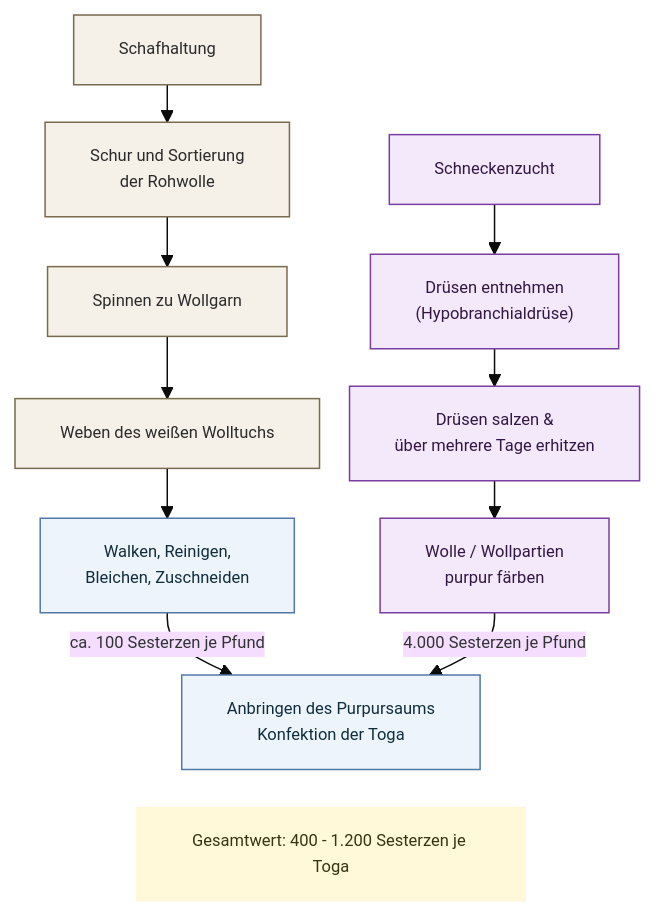
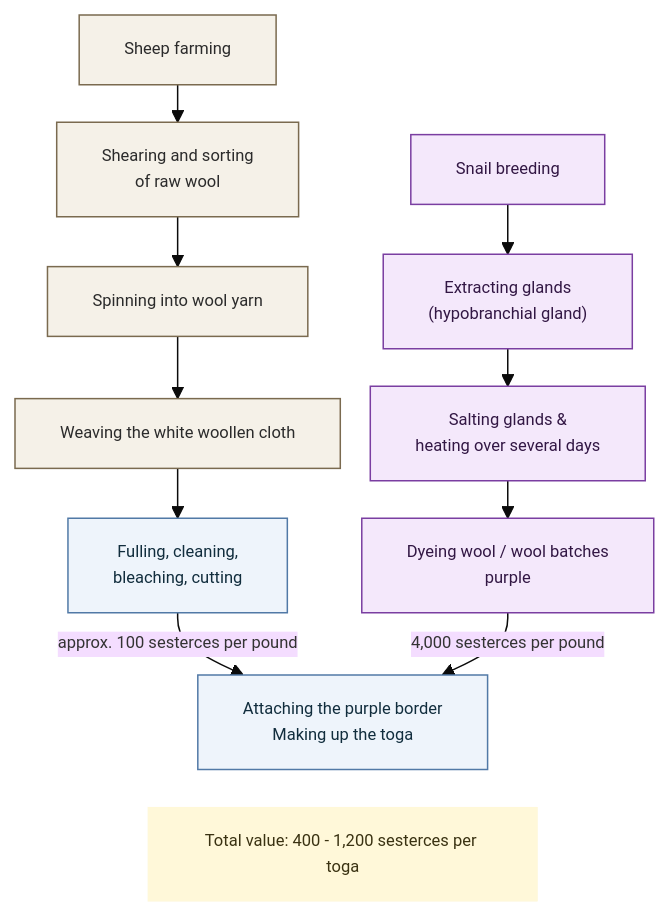
The first of 3 diagrams in slides/lectures/01_einfuehrung-und-grundbegriffe-des-supply-chain-managements.qmd (tkirschstein/SCM), drawn with Mermaid before and after one commit. The commit also changed other lines of this file and 148 other files, not shown here.

````diff
--- a/slides/lectures/01_einfuehrung-und-grundbegriffe-des-supply-chain-managements.qmd
+++ b/slides/lectures/01_einfuehrung-und-grundbegriffe-des-supply-chain-managements.qmd
@@ -110,41 +111,41 @@
 ```{mermaid}
 %%| fig-width: 7
 %%| fig-height: 5.5
 %%{init: {
   "theme": "base",
   "themeVariables": {
     "fontSize": "11px"
   },
   "flowchart": {
     "nodeSpacing": 20,
     "rankSpacing": 25
   }
 }}%%
 
 flowchart TB
-    A["Schafhaltung"] --> B["Schur und Sortierung<br/>der Rohwolle"]
-    B --> D["Spinnen zu Wollgarn"]
-    D --> E["Weben des weißen Wolltuchs"]
-    E --> F["Walken, Reinigen,<br/>Bleichen, Zuschneiden"]
-    F -->|"ca. 100 Sesterzen je Pfund"| H["Anbringen des Purpursaums<br/>Konfektion der Toga"]
+    A["Sheep farming"] --> B["Shearing and sorting<br/>of raw wool"]
+    B --> D["Spinning into wool yarn"]
+    D --> E["Weaving the white woollen cloth"]
+    E --> F["Fulling, cleaning,<br/>bleaching, cutting"]
+    F -->|"approx. 100 sesterces per pound"| H["Attaching the purple border<br/>Making up the toga"]
 
-    P2["Schneckenzucht"]
-    P2 --> P3["Drüsen entnehmen<br/>(Hypobranchialdrüse)"]
-    P3 --> P4["Drüsen salzen &<br/>über mehrere Tage erhitzen"]
-    P4 --> P7["Wolle / Wollpartien<br/>purpur färben"]
-    P7 -->|"4.000 Sesterzen je Pfund"| H
+    P2["Snail breeding"]
+    P2 --> P3["Extracting glands<br/>(hypobranchial gland)"]
+    P3 --> P4["Salting glands &<br/>heating over several days"]
+    P4 --> P7["Dyeing wool / wool batches<br/>purple"]
+    P7 -->|"4,000 sesterces per pound"| H
 
-    T["Gesamtwert: 400 - 1.200 Sesterzen je Toga"]
+    T["Total value: 400 - 1,200 sesterces per toga"]
 
     H ~~~ T
 
     classDef raw fill:#f5f1e8,stroke:#7a6a4f,color:#2b2b2b;
     classDef proc fill:#eef4fb,stroke:#5179a6,color:#112d3d;
     classDef purple fill:#f4e8fb,stroke:#7a3ea1,color:#321744;
     classDef note fill:#fff8d9,stroke:#b89b2e,color:#3a3212,stroke-width:0.01px;
 
     class A,B,D,E raw;
     class P2,P3,P4,P7 purple;
     class F,H proc;
     class T note;
 ```
````
